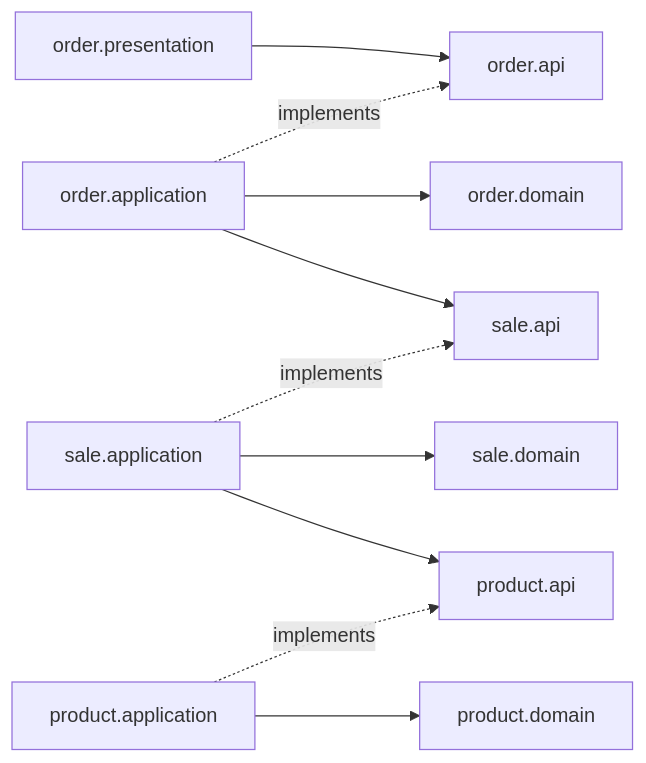
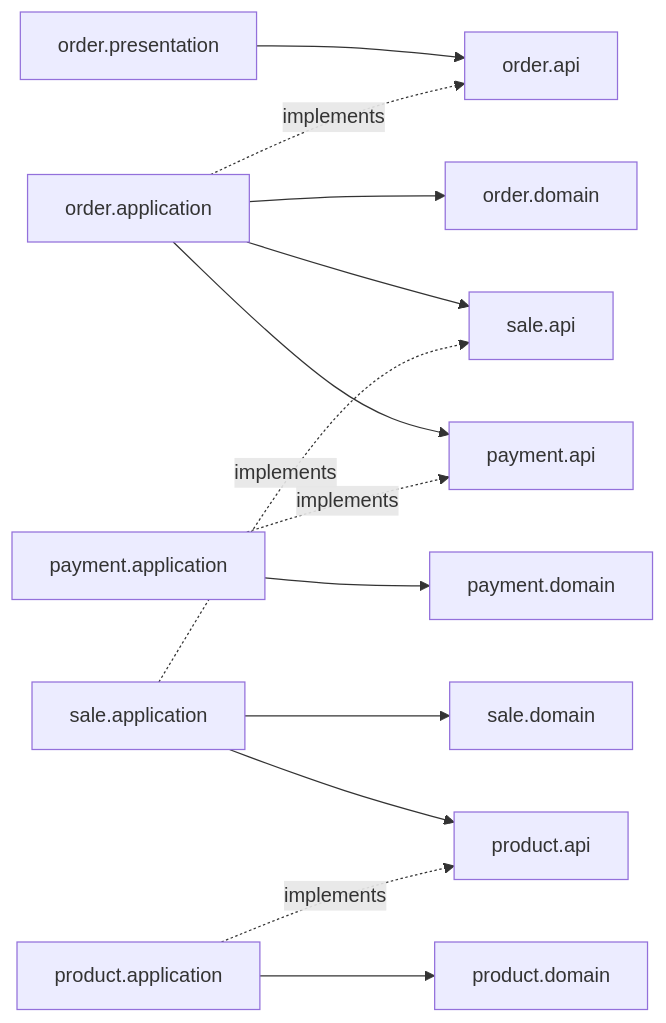
The diagram in docs/architecture.md (Wooyongjeong/limited-sale), drawn with Mermaid before and after one commit. The commit also changed other lines of this file and 7 other files, not shown here.

````diff
--- a/docs/architecture.md
+++ b/docs/architecture.md
@@ -155,12 +169,15 @@
 ```mermaid
 flowchart LR
     HTTP[order.presentation] --> OAPI[order.api]
     OAPP[order.application] -. implements .-> OAPI
     OAPP --> ODOM[order.domain]
     OAPP --> SAPI[sale.api]
+    OAPP --> PAYAPI[payment.api]
+    PAYAPP[payment.application] -. implements .-> PAYAPI
+    PAYAPP --> PAYDOM[payment.domain]
     SAPP[sale.application] -. implements .-> SAPI
     SAPP --> SDOM[sale.domain]
     SAPP --> PAPI[product.api]
     PAPP[product.application] -. implements .-> PAPI
     PAPP --> PDOM[product.domain]
 ```
````
